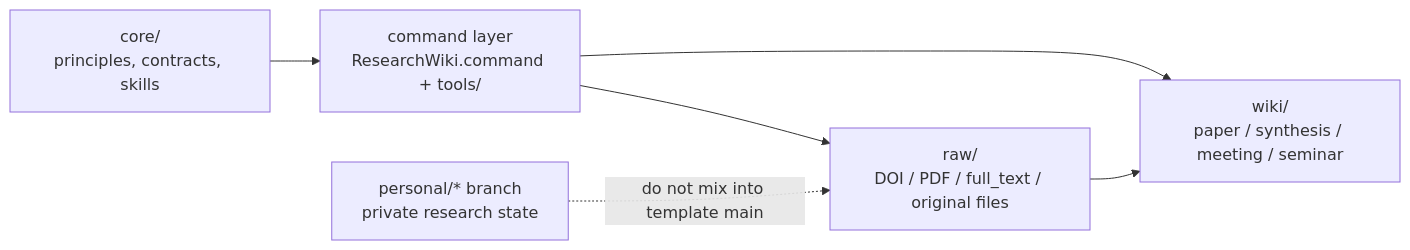
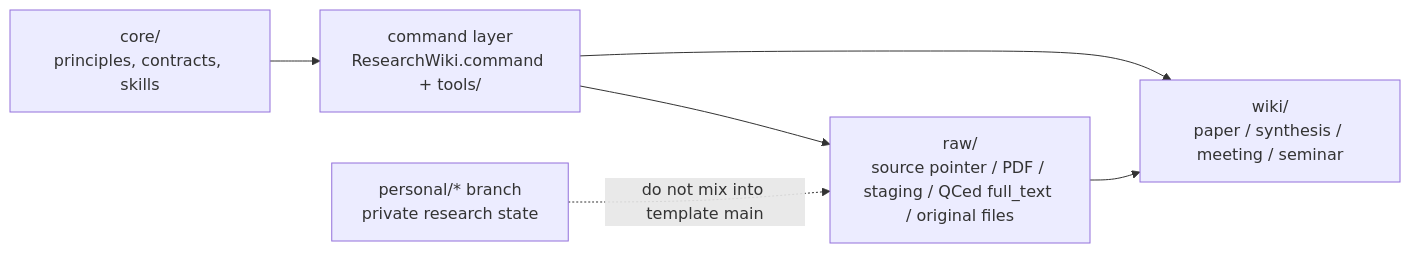
The second of 2 diagrams in README.md (ChenHau-Lan/ResearchWiki), drawn with Mermaid before and after one commit. The commit also changed other lines of this file and 25 other files, not shown here.

Commit message:
Implement source-first full text intake

````diff
--- a/README.md
+++ b/README.md
@@ -87,8 +75,8 @@
 ```mermaid
 flowchart LR
     CORE["core/<br/>principles, contracts, skills"] --> CMD["command layer<br/>ResearchWiki.command + tools/"]
-    RAW["raw/<br/>DOI / PDF / full_text / original files"] --> WIKI["wiki/<br/>paper / synthesis / meeting / seminar"]
+    RAW["raw/<br/>source pointer / PDF / staging / QCed full_text / original files"] --> WIKI["wiki/<br/>paper / synthesis / meeting / seminar"]
     CMD --> RAW
     CMD --> WIKI
     PERSONAL["personal/* branch<br/>private research state"] -. "do not mix into template main" .-> RAW
 ```
````
